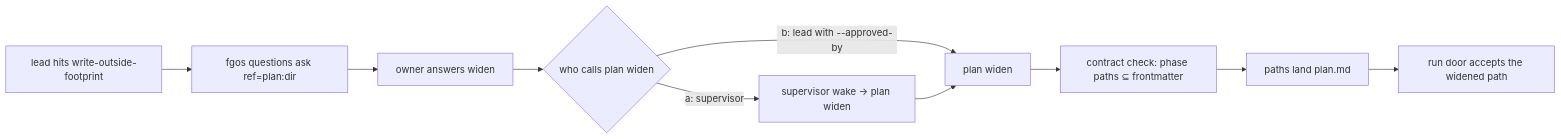
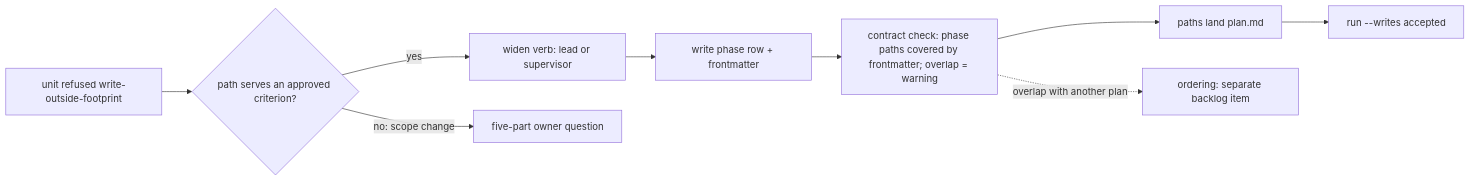
One commit to vantt/forgent changed the diagram in plans/discussions/ds-mzyircswox-widen-a-running-plan-footprint/DISCUSSION.md. Above: the diagram before and after it, drawn with Mermaid. The commit also changed other lines of this file, not shown here.

Commit message:
discussion(widen-footprint): settled; a running plan widens its own footprint inside the approved frame, overlap ordering split to its own backlog item

````diff
--- a/plans/discussions/ds-mzyircswox-widen-a-running-plan-footprint/DISCUSSION.md
+++ b/plans/discussions/ds-mzyircswox-widen-a-running-plan-footprint/DISCUSSION.md
@@ -78,12 +106,11 @@
 ```mermaid
 flowchart LR
-  L[lead hits write-outside-footprint] --> Q[fgos questions ask ref=plan:dir]
-  Q --> O[owner answers widen]
-  O --> W{who calls plan widen}
-  W -->|a: supervisor| S[supervisor wake → plan widen]
-  W -->|b: lead with --approved-by| PW[plan widen]
-  S --> PW
-  PW --> C[contract check: phase paths ⊆ frontmatter]
-  C --> LD[paths land plan.md]
-  LD --> R[run door accepts the widened path]
+  R[unit refused write-outside-footprint] --> J{path serves an approved criterion?}
+  J -->|yes| W[widen verb: lead or supervisor]
+  J -->|no: scope change| Q[five-part owner question]
+  W --> B[write phase row + frontmatter]
+  B --> C[contract check: phase paths covered by frontmatter; overlap = warning]
+  C --> L[paths land plan.md]
+  L --> A[run --writes accepted]
+  C -. overlap with another plan .-> X[ordering: separate backlog item]
 ```
````
